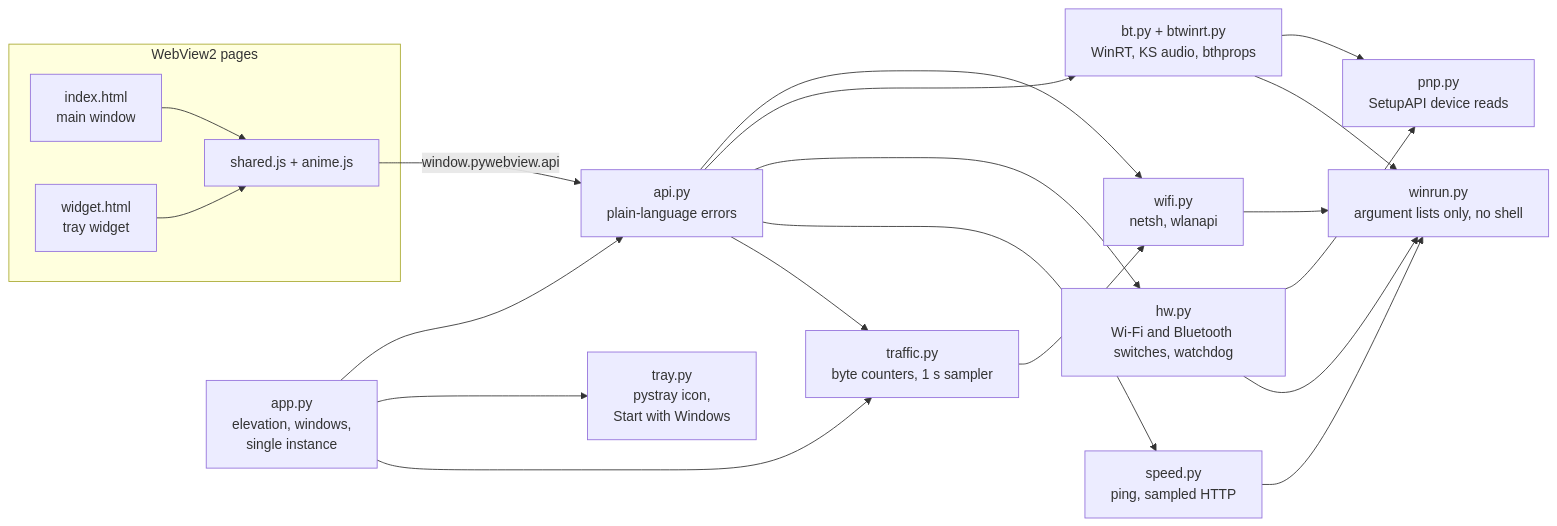
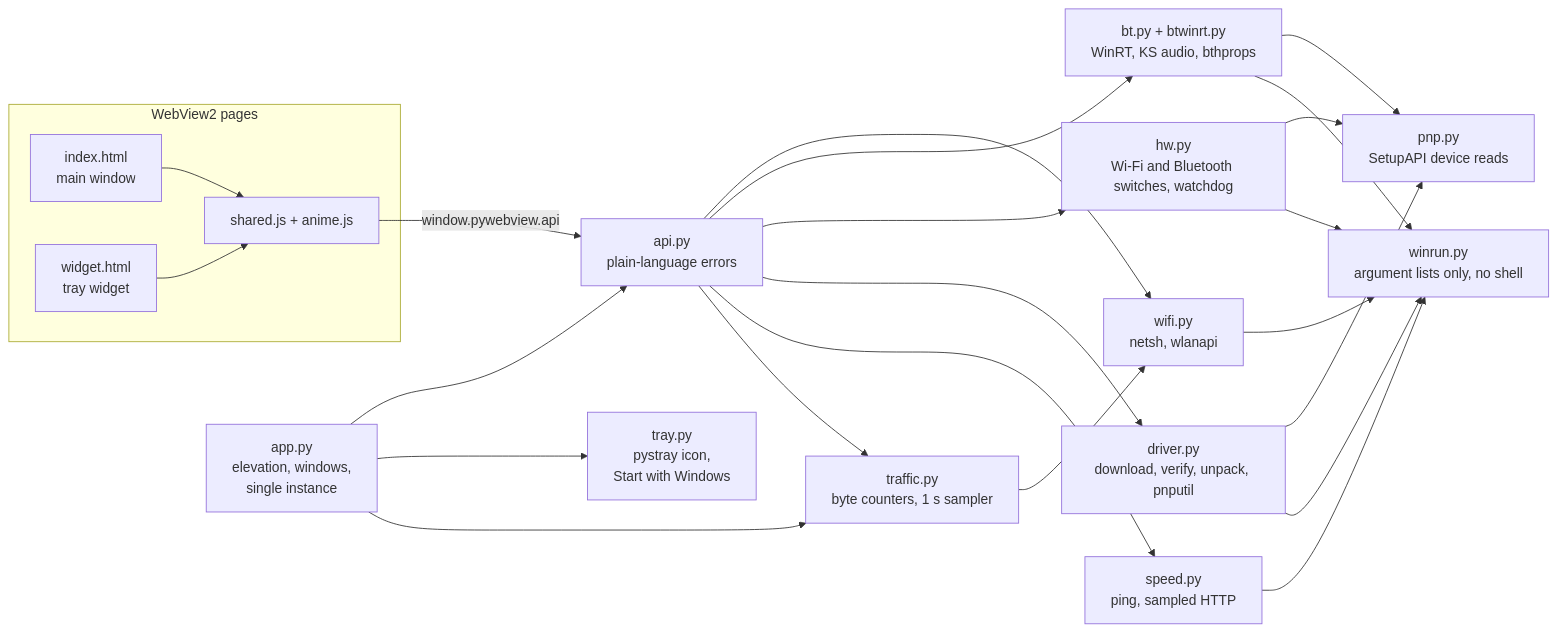
Before and after one commit to ApurvDas/unigen-manager: the diagram in README.md, drawn with Mermaid. The commit also changed other lines of this file and 4 other files, not shown here.

````diff
--- a/README.md
+++ b/README.md
@@ -270,26 +293,29 @@
 ```mermaid
 flowchart LR
     subgraph Pages["WebView2 pages"]
         index["index.html<br/>main window"]
         widget["widget.html<br/>tray widget"]
         shared["shared.js + anime.js"]
     end
     app["app.py<br/>elevation, windows,<br/>single instance"] --> api
     app --> tray["tray.py<br/>pystray icon,<br/>Start with Windows"]
     index --> shared
     widget --> shared
     shared -- "window.pywebview.api" --> api["api.py<br/>plain-language errors"]
     api --> wifi["wifi.py<br/>netsh, wlanapi"]
     api --> bt["bt.py + btwinrt.py<br/>WinRT, KS audio, bthprops"]
     api --> hw["hw.py<br/>Wi-Fi and Bluetooth switches, watchdog"]
     hw --> pnp["pnp.py<br/>SetupAPI device reads"]
     bt --> pnp
+    api --> driver["driver.py<br/>download, verify, unpack, pnputil"]
+    driver --> pnp
+    driver --> winrun
     api --> speed["speed.py<br/>ping, sampled HTTP"]
     api --> traffic["traffic.py<br/>byte counters, 1 s sampler"]
     app --> traffic
     traffic --> wifi
     hw --> winrun
     wifi --> winrun["winrun.py<br/>argument lists only, no shell"]
     bt --> winrun
     speed --> winrun
 ```
````
